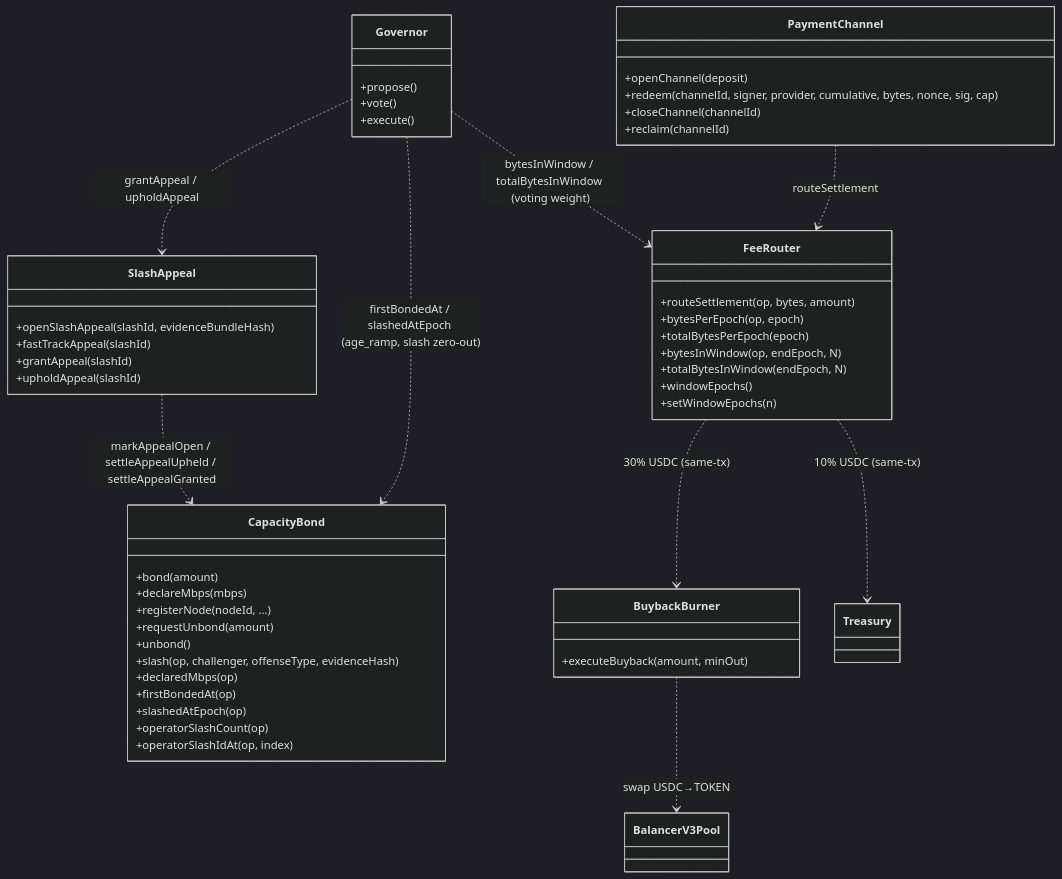
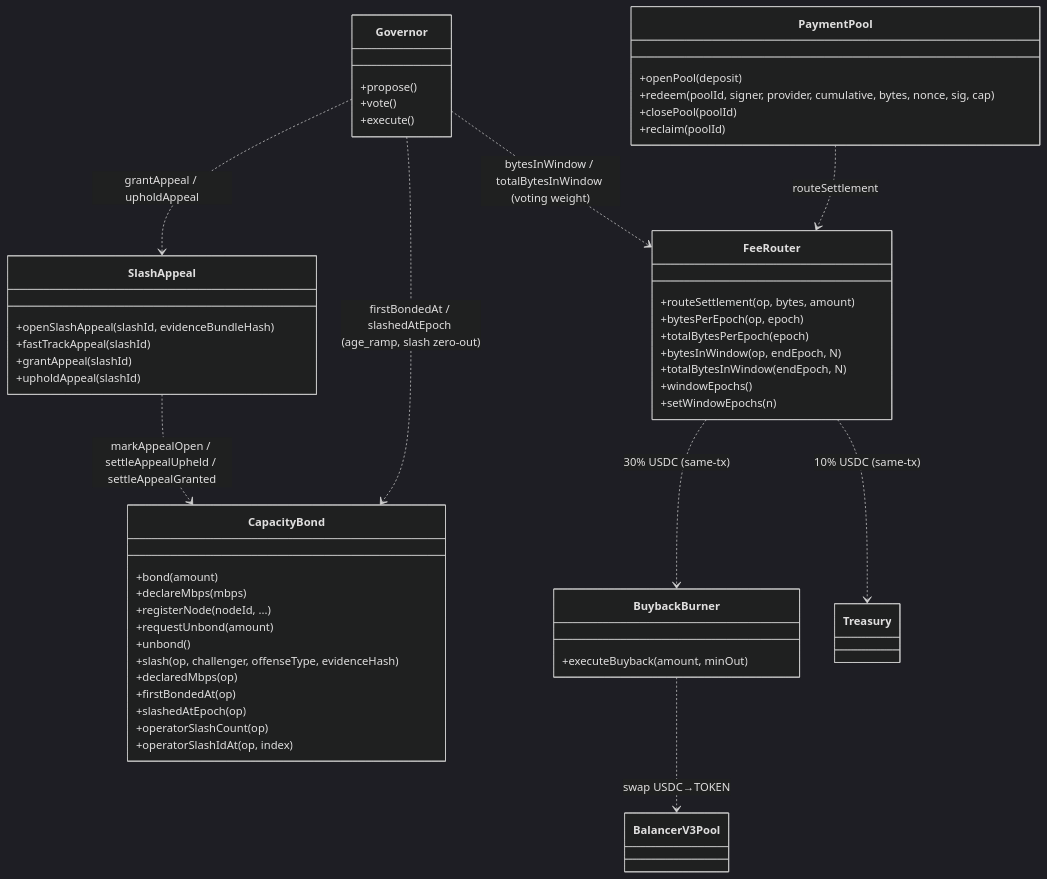
The first of 5 diagrams in adr/016-contract-interactions.md (decdn/decdn), drawn with Mermaid (dark theme) before and after one commit. The commit also changed other lines of this file and 26 other files, not shown here.

First line of the commit message:
docs(adr): rename PaymentChannel→PaymentPool, retire pool expiry

````diff
--- a/adr/016-contract-interactions.md
+++ b/adr/016-contract-interactions.md
@@ -41,56 +41,56 @@
 ```mermaid
 classDiagram
-    class PaymentChannel {
-        +openChannel(deposit)
-        +redeem(channelId, signer, provider, cumulative, bytes, nonce, sig, cap)
-        +closeChannel(channelId)
-        +reclaim(channelId)
+    class PaymentPool {
+        +openPool(deposit)
+        +redeem(poolId, signer, provider, cumulative, bytes, nonce, sig, cap)
+        +closePool(poolId)
+        +reclaim(poolId)
     }
     class FeeRouter {
         +routeSettlement(op, bytes, amount)
         +bytesPerEpoch(op, epoch)
         +totalBytesPerEpoch(epoch)
         +bytesInWindow(op, endEpoch, N)
         +totalBytesInWindow(endEpoch, N)
         +windowEpochs()
         +setWindowEpochs(n)
     }
     class CapacityBond {
         +bond(amount)
         +declareMbps(mbps)
         +registerNode(nodeId, ...)
         +requestUnbond(amount)
         +unbond()
         +slash(op, challenger, offenseType, evidenceHash)
         +declaredMbps(op)
         +firstBondedAt(op)
         +slashedAtEpoch(op)
         +operatorSlashCount(op)
         +operatorSlashIdAt(op, index)
     }
     class BuybackBurner {
         +executeBuyback(amount, minOut)
     }
     class SlashAppeal {
         +openSlashAppeal(slashId, evidenceBundleHash)
         +fastTrackAppeal(slashId)
         +grantAppeal(slashId)
         +upholdAppeal(slashId)
     }
     class Governor {
         +propose()
         +vote()
         +execute()
     }
     class Treasury
     class BalancerV3Pool
 
-    PaymentChannel ..> FeeRouter : routeSettlement
+    PaymentPool ..> FeeRouter : routeSettlement
     FeeRouter ..> BuybackBurner : 30% USDC (same-tx)
     FeeRouter ..> Treasury : 10% USDC (same-tx)
     BuybackBurner ..> BalancerV3Pool : swap USDC→TOKEN
     Governor ..> FeeRouter : bytesInWindow / totalBytesInWindow (voting weight)
     Governor ..> CapacityBond : firstBondedAt / slashedAtEpoch (age_ramp, slash zero-out)
     SlashAppeal ..> CapacityBond : markAppealOpen / settleAppealUpheld / settleAppealGranted
     Governor ..> SlashAppeal : grantAppeal / upholdAppeal
 ```
````
